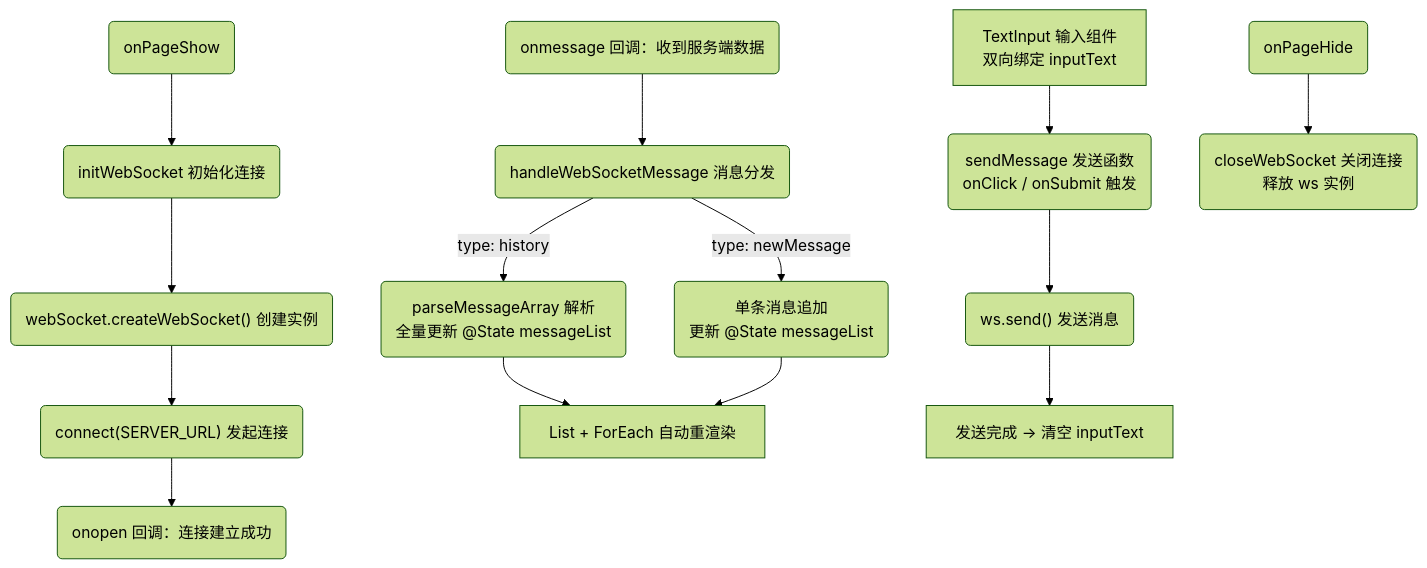
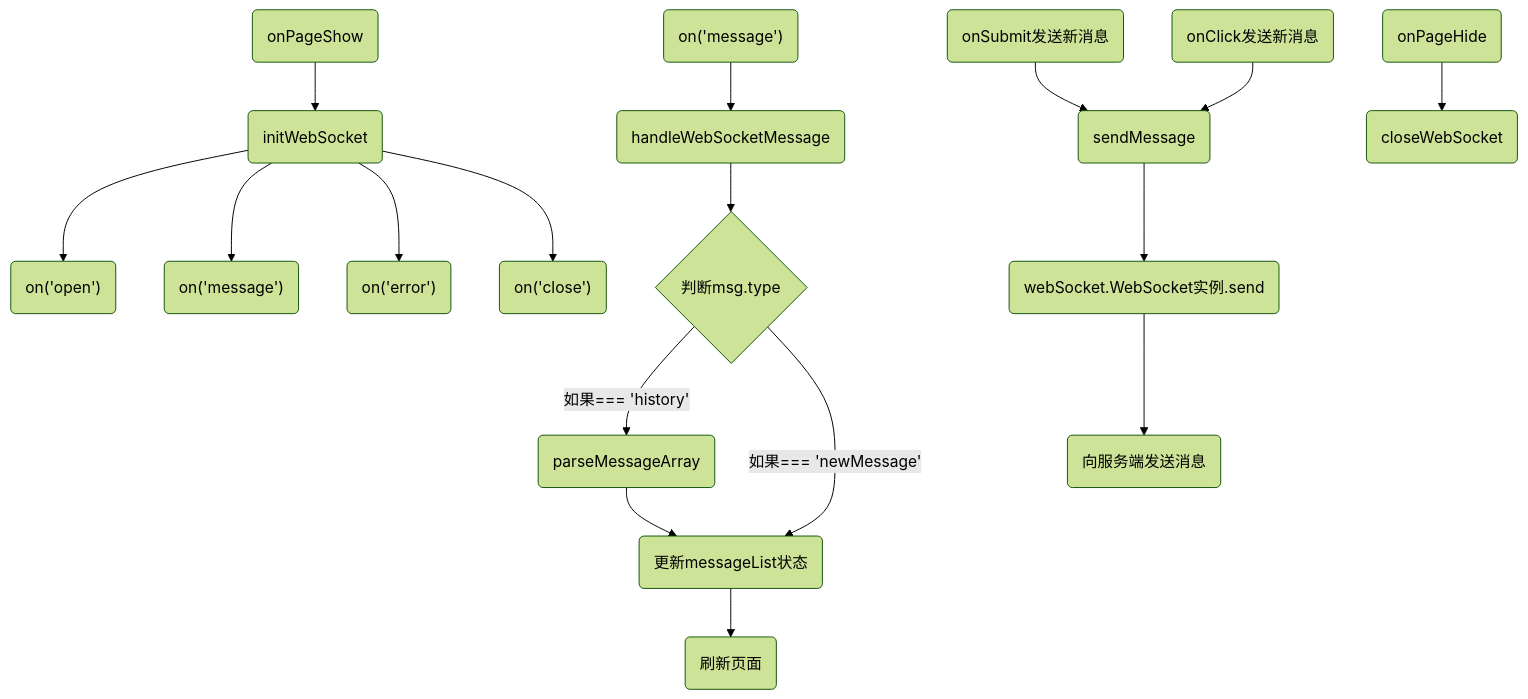
Before and after one commit to tellip/simple-chat: the diagram in flow.mmd, drawn with Mermaid (forest theme).

```diff
--- a/flow.mmd
+++ b/flow.mmd
@@ -1,19 +1,23 @@
-flowchart TD
+graph TD
     classDef default white-space:nowrap;
 
-    A1(onPageShow) --> A2("initWebSocket 初始化连接")
-    A2 --> A3("webSocket.createWebSocket() 创建实例")
-    A3 --> A4("connect(SERVER_URL) 发起连接")
-    A4 --> A5("onopen 回调：连接建立成功")
+    A0("onPageShow")
+    --> A1("initWebSocket")
+    A1 --> A2("on('open')")
+    A1 --> A3("on('message')")
+    A1 --> A4("on('error')")
+    A1 --> A5("on('close')")
 
-    F("onmessage 回调：收到服务端数据") --> G("handleWebSocketMessage 消息分发")
-    G --> |type: history| H("parseMessageArray 解析<br/>全量更新 @State messageList")
-    G --> |type: newMessage| I("单条消息追加<br/>更新 @State messageList")
-    H --> J["List + ForEach 自动重渲染"]
-    I --> J
+    D1("on('message')") --> D2("handleWebSocketMessage")
+    D2("handleWebSocketMessage") --> D3{"判断msg.type"}
+    D3 --"如果=== 'history'"--> D4("parseMessageArray")
+    D3 --"如果=== 'newMessage'"--> D5("更新messageList状态")
+    D4 --> D5
+    D5 --> D6("刷新页面")
 
-    K["TextInput 输入组件<br/>双向绑定 inputText"] --> L("sendMessage 发送函数<br/>onClick / onSubmit 触发")
-    L --> M("ws.send() 发送消息")
-    M --> N["发送完成 → 清空 inputText"]
+    C0("onSubmit发送新消息") --> C2("sendMessage")
+    C1("onClick发送新消息") --> C2("sendMessage")
+    C2 --> C3("webSocket.WebSocket实例.send")
+    C3 --> C4("向服务端发送消息")
 
-    O(onPageHide) --> P("closeWebSocket 关闭连接<br/>释放 ws 实例")
+    B0("onPageHide") --> B1("closeWebSocket")
```
